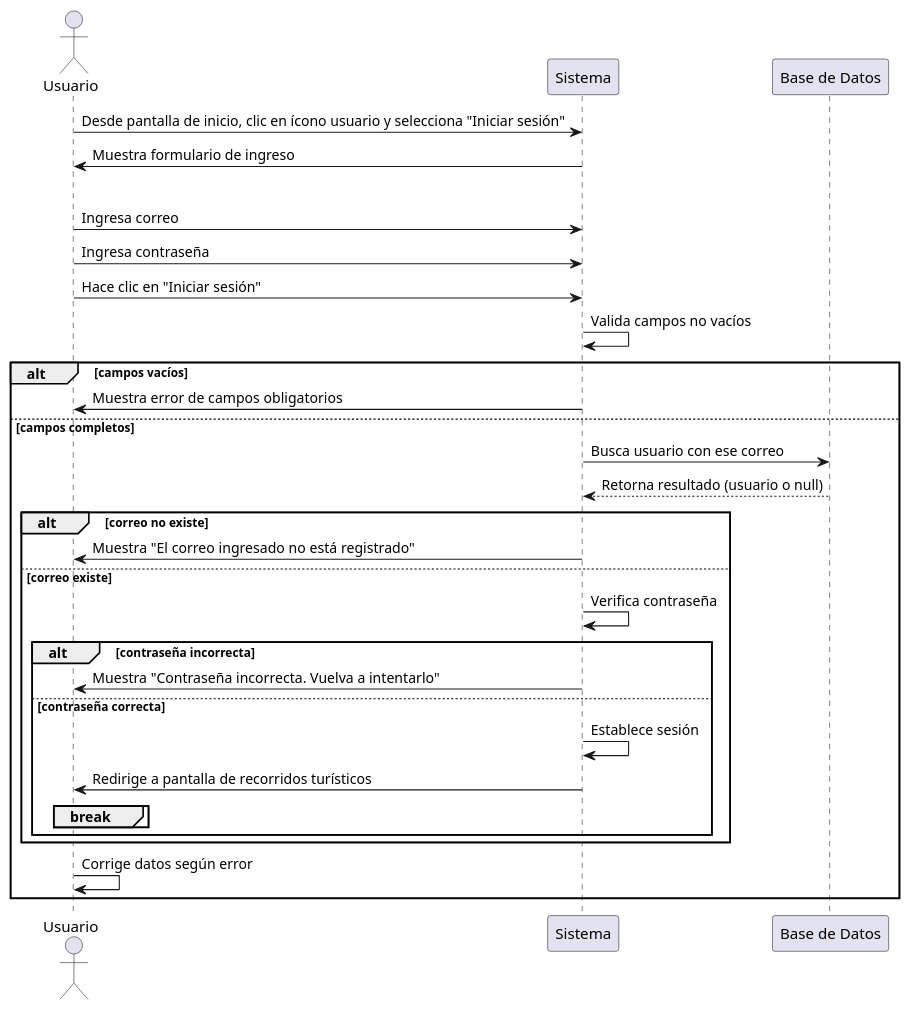
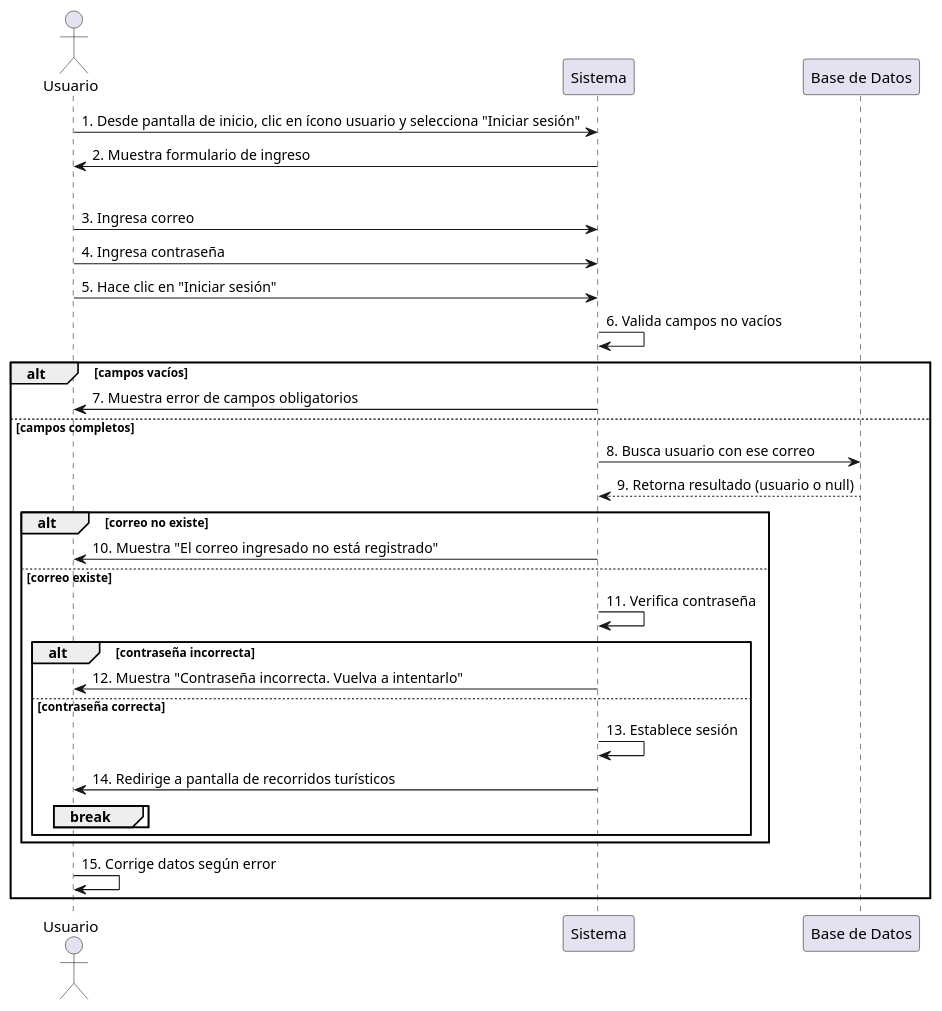
One commit to LauKnitIn/SISTEMA-GESTOR-DE-RECORRIDOS changed the diagram in diagramas_modulo_autenticacion/secuencia-modulo-autenticacion/Secuencia_Iniciar_sesion.puml. Above: the diagram before and after it, drawn with PlantUML. The commit also changed 4 other files, not shown here.

Commit message:
Se agrego numeración a los pasos de los diagramas de secuencia

```diff
--- a/diagramas_modulo_autenticacion/secuencia-modulo-autenticacion/Secuencia_Iniciar_sesion.puml
+++ b/diagramas_modulo_autenticacion/secuencia-modulo-autenticacion/Secuencia_Iniciar_sesion.puml
@@ -1,35 +1,35 @@
 @startuml
 actor Usuario
 participant "Sistema" as S
 participant "Base de Datos" as BD
 
-Usuario -> S: Desde pantalla de inicio, clic en ícono usuario y selecciona "Iniciar sesión"
-S -> Usuario: Muestra formulario de ingreso
+Usuario -> S: 1. Desde pantalla de inicio, clic en ícono usuario y selecciona "Iniciar sesión"
+S -> Usuario: 2. Muestra formulario de ingreso
 
 loop while no autenticado
-  Usuario -> S: Ingresa correo
-  Usuario -> S: Ingresa contraseña
-  Usuario -> S: Hace clic en "Iniciar sesión"
+  Usuario -> S: 3. Ingresa correo
+  Usuario -> S: 4. Ingresa contraseña
+  Usuario -> S: 5. Hace clic en "Iniciar sesión"
   
-  S -> S: Valida campos no vacíos
+  S -> S: 6. Valida campos no vacíos
   alt campos vacíos
-    S -> Usuario: Muestra error de campos obligatorios
+    S -> Usuario: 7. Muestra error de campos obligatorios
   else campos completos
-    S -> BD: Busca usuario con ese correo
-    BD --> S: Retorna resultado (usuario o null)
+    S -> BD: 8. Busca usuario con ese correo
+    BD --> S: 9. Retorna resultado (usuario o null)
     alt correo no existe
-      S -> Usuario: Muestra "El correo ingresado no está registrado"
+      S -> Usuario: 10. Muestra "El correo ingresado no está registrado"
     else correo existe
-      S -> S: Verifica contraseña
+      S -> S: 11. Verifica contraseña
       alt contraseña incorrecta
-        S -> Usuario: Muestra "Contraseña incorrecta. Vuelva a intentarlo"
+        S -> Usuario: 12. Muestra "Contraseña incorrecta. Vuelva a intentarlo"
       else contraseña correcta
-        S -> S: Establece sesión
-        S -> Usuario: Redirige a pantalla de recorridos turísticos
+        S -> S: 13. Establece sesión
+        S -> Usuario: 14. Redirige a pantalla de recorridos turísticos
         break
       end
     end
   end
-  Usuario -> Usuario: Corrige datos según error
+  Usuario -> Usuario: 15. Corrige datos según error
 end
 @enduml
```
